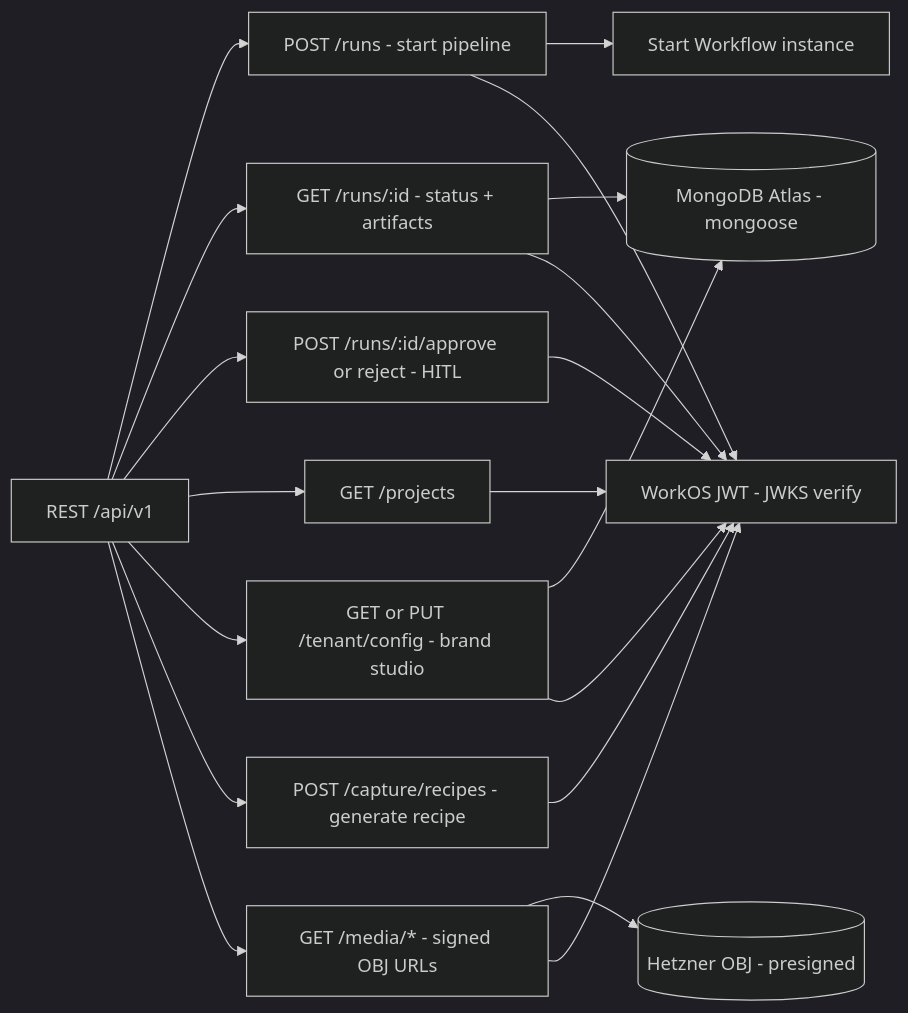
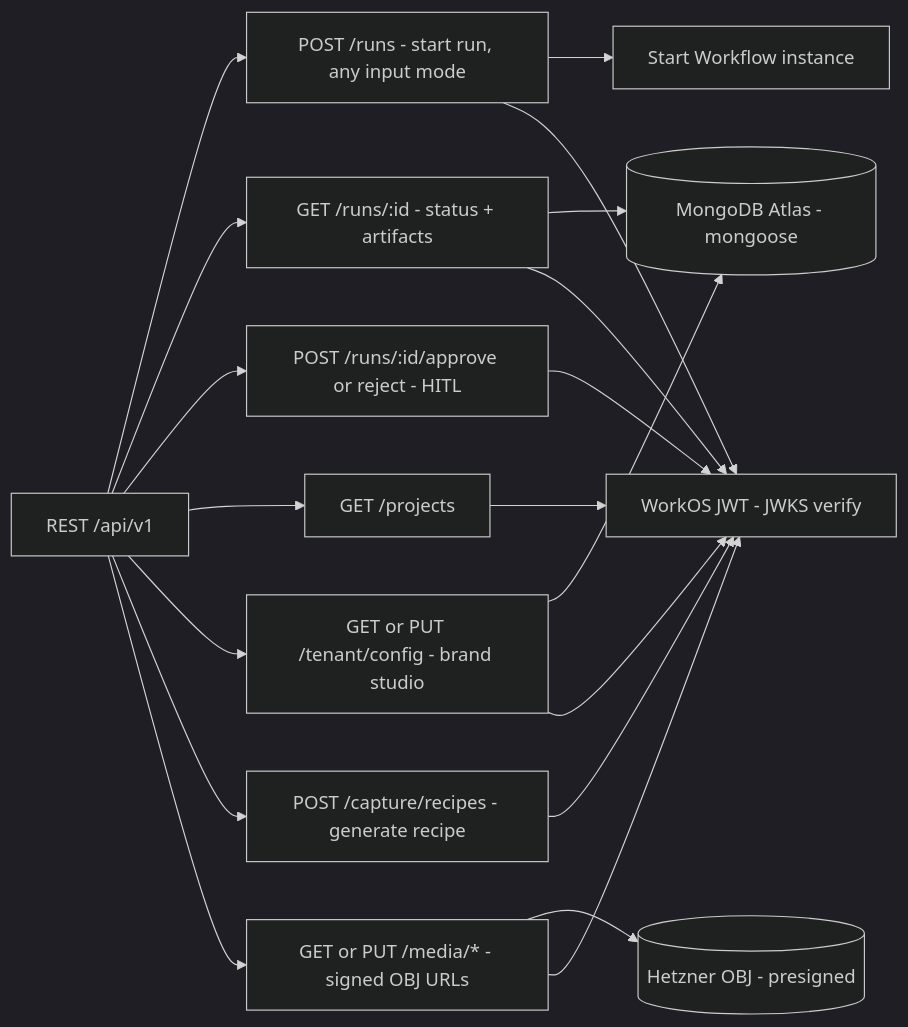
Before and after one commit to noah-sheldon/contentforge: the third of 7 diagrams in .qwen/architecture/architecture.md, drawn with Mermaid (dark theme). The commit also changed other lines of this file and 3 other files, not shown here.

First line of the commit message:
docs(plan,arch): all four input modes are first-class run types

````diff
--- a/.qwen/architecture/architecture.md
+++ b/.qwen/architecture/architecture.md
@@ -123,14 +128,14 @@
 ```mermaid
 flowchart LR
-    R[REST /api/v1] --> E1[POST /runs - start pipeline]
+    R[REST /api/v1] --> E1[POST /runs - start run, any input mode]
     R --> E2[GET /runs/:id - status + artifacts]
     R --> E3[POST /runs/:id/approve or reject - HITL]
     R --> E4[GET /projects]
     R --> E5[GET or PUT /tenant/config - brand studio]
     R --> E6[POST /capture/recipes - generate recipe]
-    R --> E7[GET /media/* - signed OBJ URLs]
+    R --> E7[GET or PUT /media/* - signed OBJ URLs]
     E1 --> WF[Start Workflow instance]
     E2 & E5 --> M[(MongoDB Atlas - mongoose)]
     E7 --> O[(Hetzner OBJ - presigned)]
     E1 & E2 & E3 & E4 & E5 & E6 & E7 --> JWT[WorkOS JWT - JWKS verify]
 ```
````
